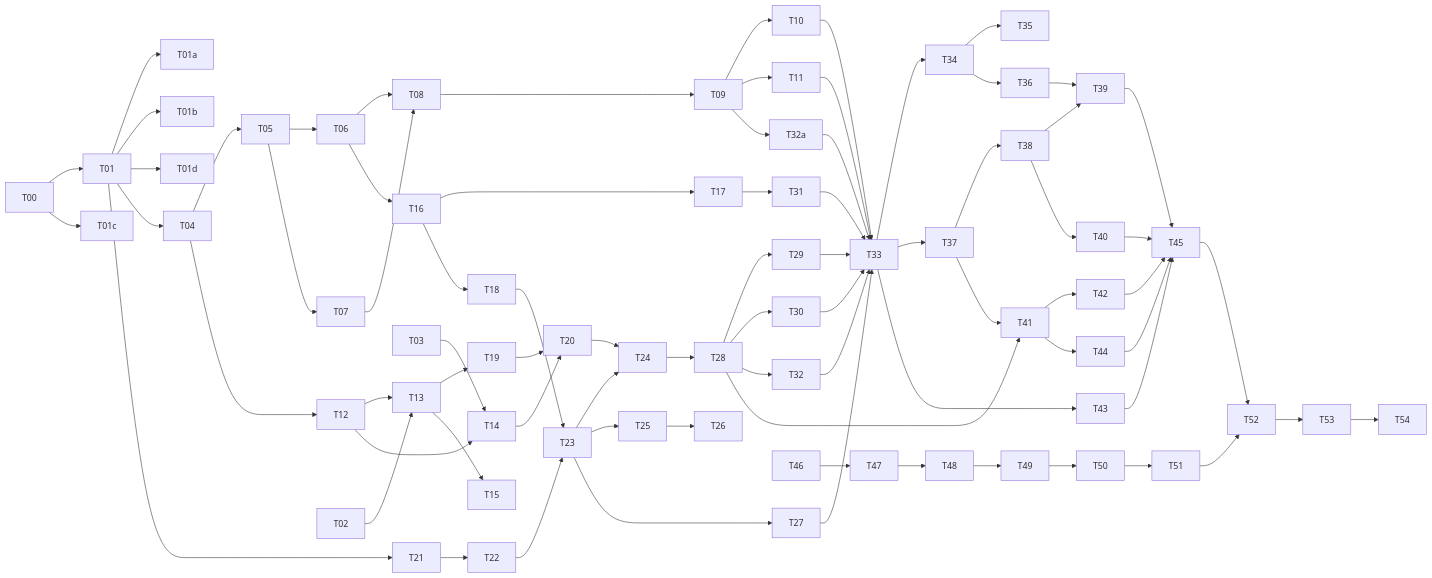
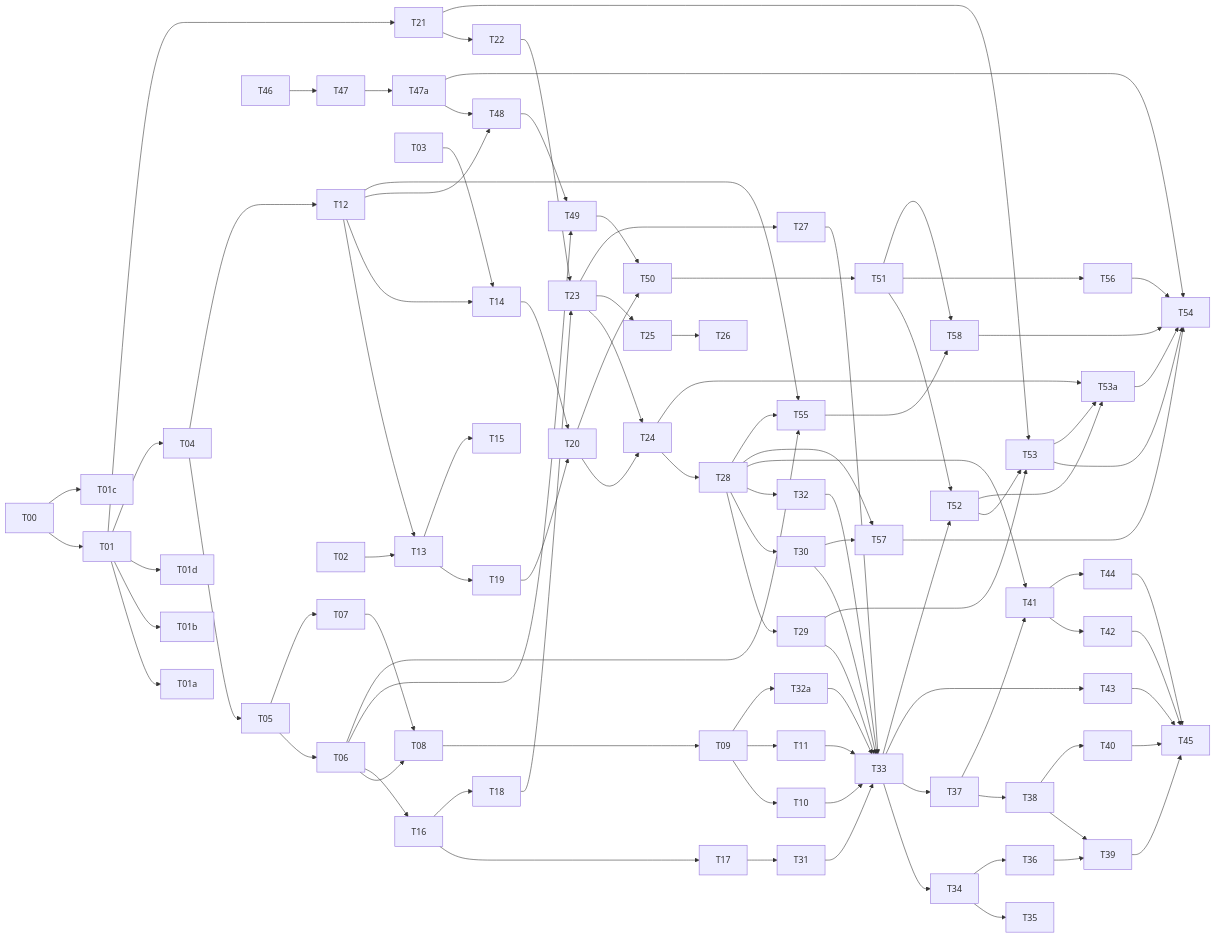
One commit to amrambouskila/watch-list changed diagram 11 of 11 in docs/TV_MASTER_PLAN.md. Above: the diagram before and after it, drawn with Mermaid. The commit also changed other lines of this file and 564 other files, not shown here.

````diff
--- a/docs/TV_MASTER_PLAN.md
+++ b/docs/TV_MASTER_PLAN.md
@@ -1665,52 +2487,70 @@
 ```mermaid
 graph LR
   T00 --> T01
   T00 --> T01c
   T01 --> T01a
   T01 --> T01b
   T01 --> T01d
   T01 --> T04 --> T05 --> T06 --> T08 --> T09 --> T10
   T07 --> T08
   T05 --> T07
   T09 --> T11
   T09 --> T32a
   T04 --> T12
   T02 --> T13
   T03 --> T14
   T12 --> T13 --> T19 --> T20
   T12 --> T14 --> T20
   T13 --> T15
   T06 --> T16 --> T17
   T16 --> T18 --> T23
   T01 --> T21 --> T22 --> T23 --> T24 --> T28 --> T29
   T23 --> T25 --> T26
   T20 --> T24
   T28 --> T30
   T17 --> T31
   T28 --> T32
   T23 --> T27
   T10 --> T33
   T27 --> T33
   T29 --> T33
   T30 --> T33
   T31 --> T33
   T32 --> T33
   T32a --> T33
   T11 --> T33
   T33 --> T34 --> T35
   T34 --> T36
   T33 --> T37 --> T38 --> T39
   T36 --> T39
   T38 --> T40
   T28 --> T41
   T37 --> T41 --> T42
   T33 --> T43
   T41 --> T44
   T39 --> T45
   T40 --> T45
   T42 --> T45
   T43 --> T45
   T44 --> T45
-  T46 --> T47 --> T48 --> T49 --> T50 --> T51 --> T52 --> T53 --> T54
-  T45 --> T52
+  T46 --> T47 --> T47a --> T48 --> T49 --> T50 --> T51 --> T52 --> T53 --> T54
+  T12 --> T48
+  T06 --> T49
+  T20 --> T50
+  T33 --> T52
+  T29 --> T53
+  T21 --> T53
+  T52 --> T53a
+  T53 --> T53a
+  T24 --> T53a
+  T53a --> T54
+  T51 --> T56 --> T54
+  T30 --> T57
+  T28 --> T57 --> T54
+  T12 --> T55
+  T06 --> T55
+  T28 --> T55
+  T55 --> T58
+  T51 --> T58 --> T54
+  T47a --> T54
 ```
````
